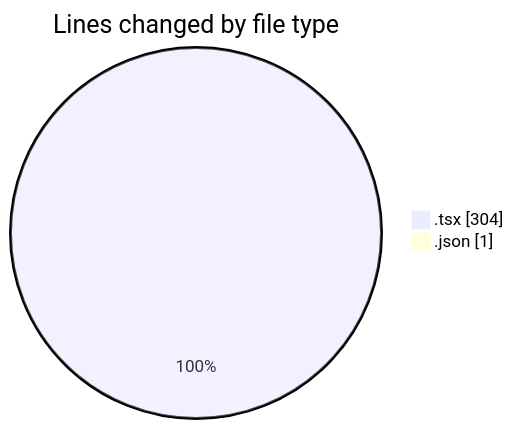
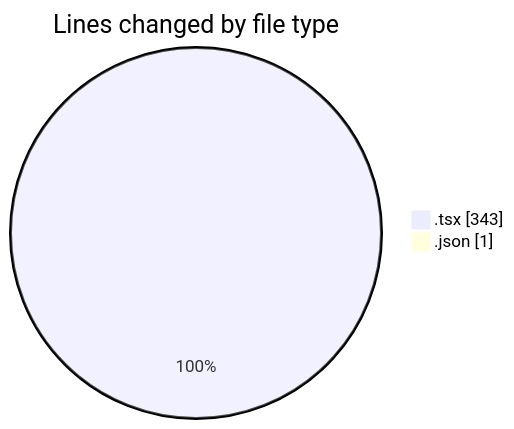
One commit to julien-gomy/code-tracking changed the first of 2 diagrams in 2025-11-28/eventscop-frontend-guide__workspace_/README.md. Above: the diagram before and after it, drawn with Mermaid. The commit also changed other lines of this file and 1 other file, not shown here.

````diff
--- a/2025-11-28/eventscop-frontend-guide__workspace_/README.md
+++ b/2025-11-28/eventscop-frontend-guide__workspace_/README.md
@@ -22,6 +22,6 @@
 ```mermaid
 pie showData
 title Lines changed by file type
-".tsx" : 304
+".tsx" : 343
 ".json" : 1
 ```
````
